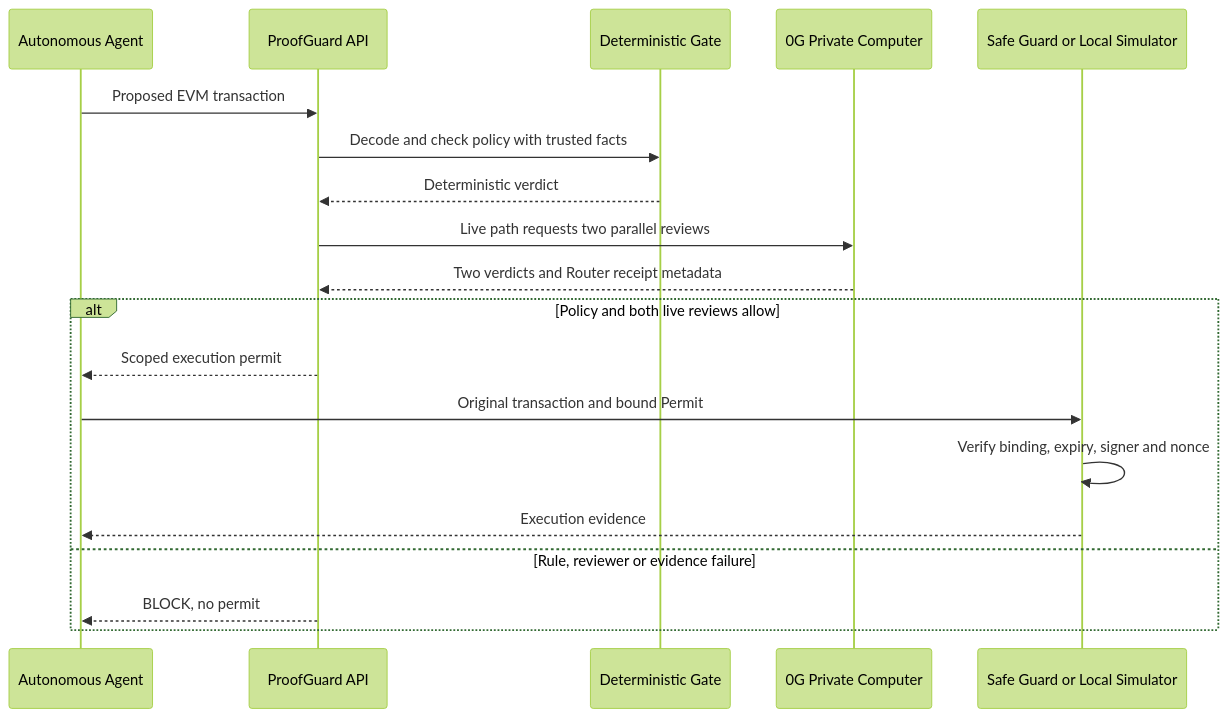
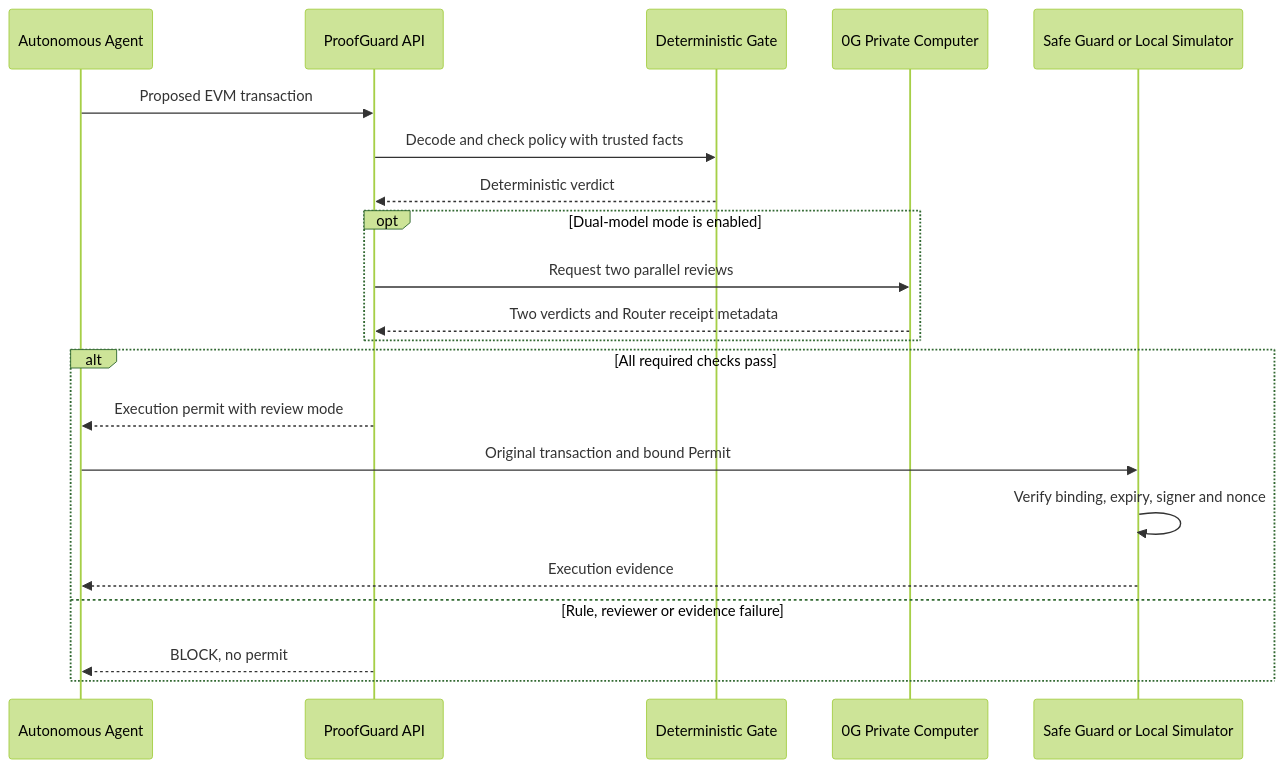
The diagram in docs/TECHNICAL.md (Fu99966/proofguard-0g), drawn with Mermaid (forest theme) before and after one commit. The commit also changed other lines of this file, not shown here.

Commit message:
Describe the mode-bound Permit and its limits

````diff
--- a/docs/TECHNICAL.md
+++ b/docs/TECHNICAL.md
@@ -51,22 +50,24 @@
 ```mermaid
 sequenceDiagram
     participant A as Autonomous Agent
     participant P as ProofGuard API
     participant D as Deterministic Gate
     participant Z as 0G Private Computer
     participant E as Safe Guard or Local Simulator
 
     A->>P: Proposed EVM transaction
     P->>D: Decode and check policy with trusted facts
     D-->>P: Deterministic verdict
-    P->>Z: Live path requests two parallel reviews
-    Z-->>P: Two verdicts and Router receipt metadata
-    alt Policy and both live reviews allow
-        P-->>A: Scoped execution permit
+    opt Dual-model mode is enabled
+        P->>Z: Request two parallel reviews
+        Z-->>P: Two verdicts and Router receipt metadata
+    end
+    alt All required checks pass
+        P-->>A: Execution permit with review mode
         A->>E: Original transaction and bound Permit
         E->>E: Verify binding, expiry, signer and nonce
         E-->>A: Execution evidence
     else Rule, reviewer or evidence failure
         P-->>A: BLOCK, no permit
     end
 ```
````
